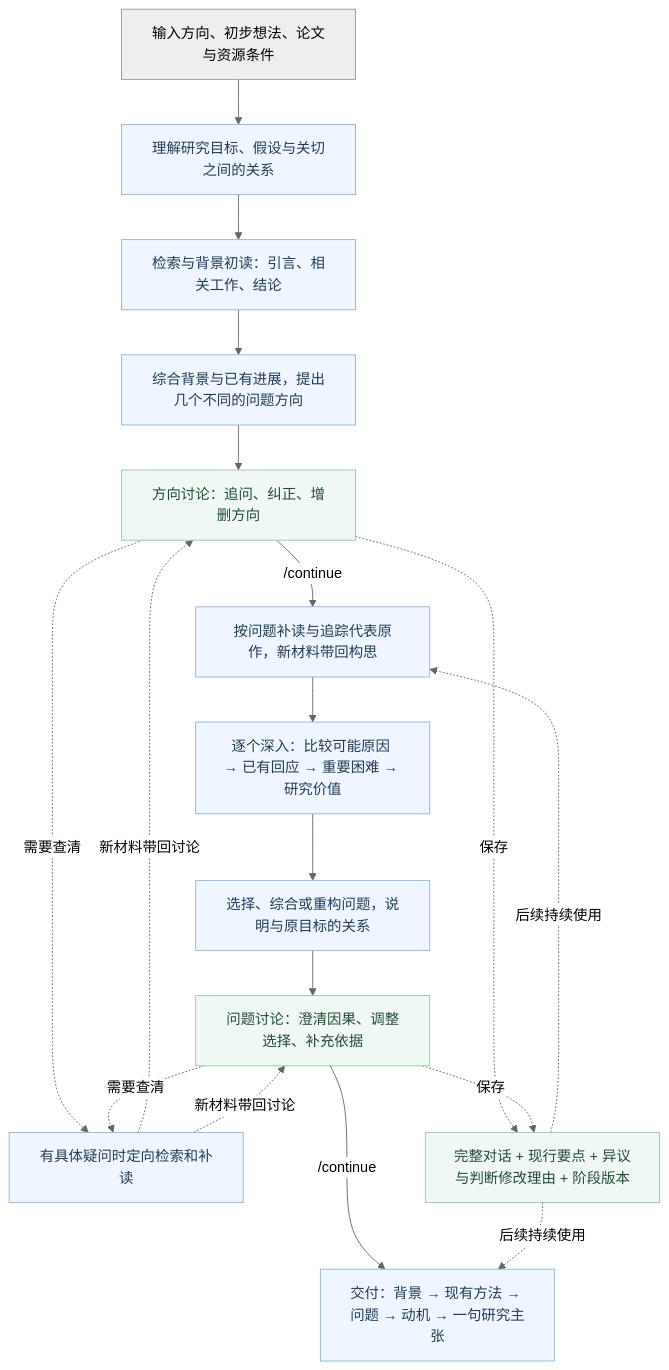
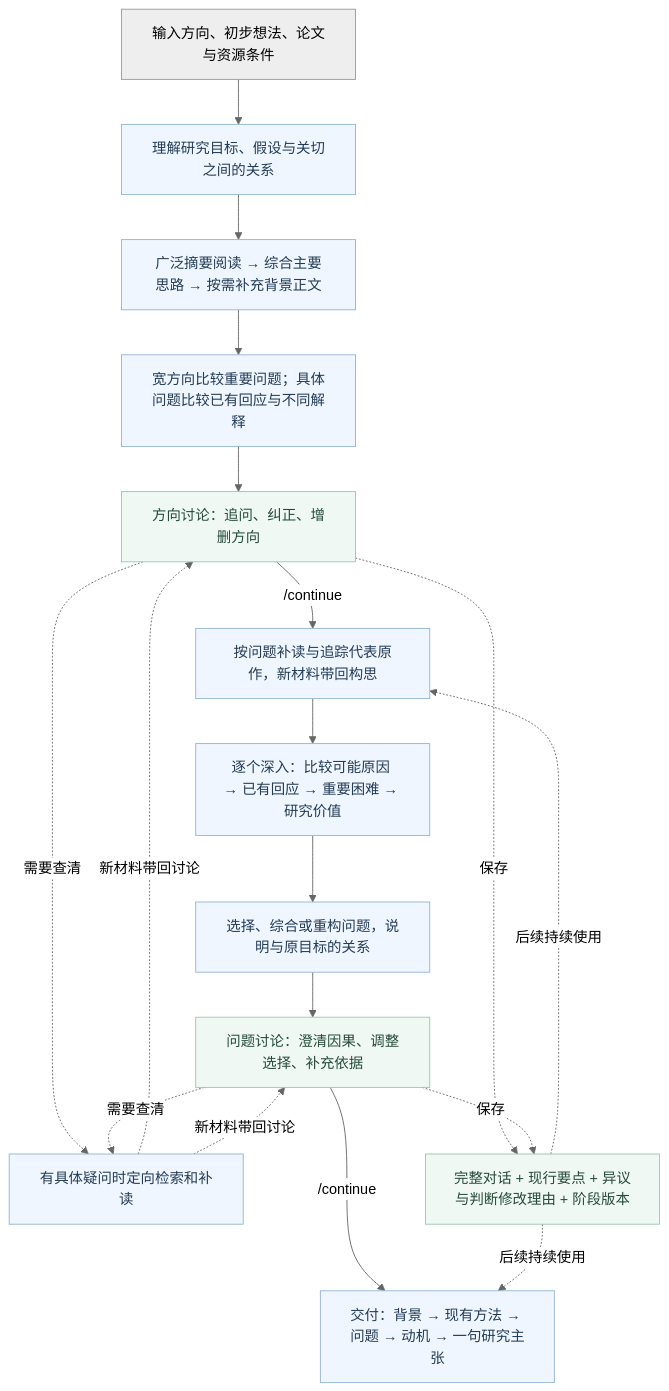
Before and after one commit to ghh1125/Research-idea: the diagram in README.zh-CN.md, drawn with Mermaid (neutral theme). The commit also changed other lines of this file and 32 other files, not shown here.

````diff
--- a/README.zh-CN.md
+++ b/README.zh-CN.md
@@ -31,31 +31,31 @@
 ```mermaid
 flowchart TD
     U["输入方向、初步想法、论文与资源条件"]
-    A["检索与背景初读：引言、相关工作、结论"]
-    B["综合背景与已有进展，提出几个不同的问题方向"]
+    A["广泛摘要阅读 → 综合主要思路 → 按需补充背景正文"]
+    B["宽方向比较重要问题；具体问题比较已有回应与不同解释"]
     D["方向讨论：追问、纠正、增删方向"]
     C["按问题补读与追踪代表原作，新材料带回构思"]
     X["逐个深入：比较可能原因 → 已有回应 → 重要困难 → 研究价值"]
     E["选择、综合或重构问题，说明与原目标的关系"]
     P["问题讨论：澄清因果、调整选择、补充依据"]
     R["有具体疑问时定向检索和补读"]
     O["交付：背景 → 现有方法 → 问题 → 动机 → 一句研究主张"]
     M["完整对话 + 现行要点 + 异议与判断修改理由 + 阶段版本"]
     I["理解研究目标、假设与关切之间的关系"]
     U --> I --> A --> B --> D
     D -->|/continue| C
     C --> X --> E --> P
     P -->|/continue| O
     D -.需要查清.-> R
     P -.需要查清.-> R
     R -.新材料带回讨论.-> D
     R -.新材料带回讨论.-> P
     D -.保存.-> M
     P -.保存.-> M
     M -.后续持续使用.-> C
     M -.后续持续使用.-> O
     classDef work fill:#eff6ff,stroke:#93b4d6,color:#243c55
     classDef discuss fill:#f0f8f4,stroke:#9ac6af,color:#254b38
     class I,A,B,C,X,E,R,O work
     class D,P,M discuss
 ```
````
